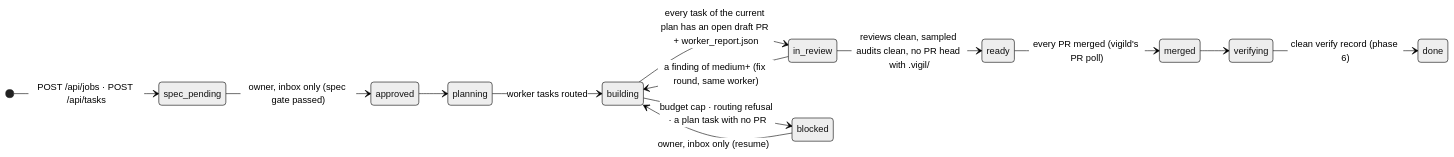
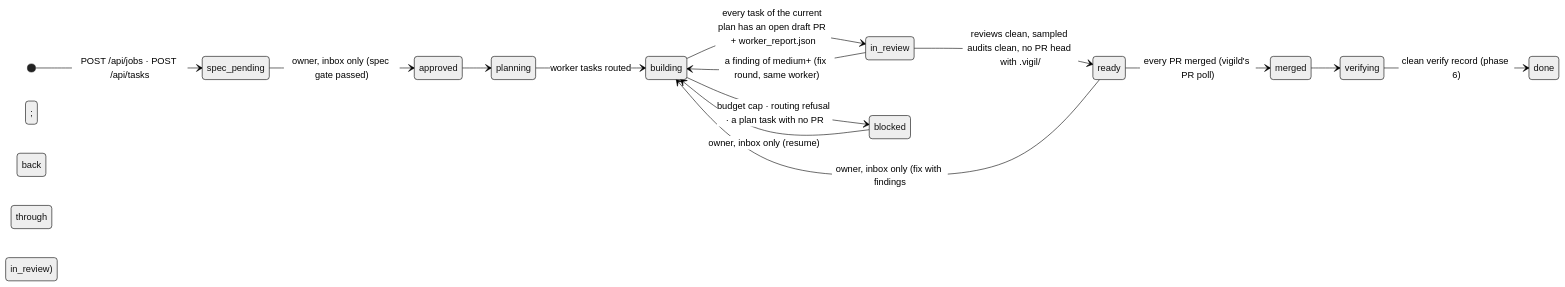
The second of 3 diagrams in docs/architecture.md (alienvisitor8675-bit/vigil), drawn with Mermaid (neutral theme) before and after one commit. The commit also changed other lines of this file and 10 other files, not shown here.

First line of the commit message:
Inbox: fix a reviewed PR with chosen findings

````diff
--- a/docs/architecture.md
+++ b/docs/architecture.md
@@ -213,16 +213,17 @@
 ```mermaid
 stateDiagram-v2
   direction LR
   [*] --> spec_pending: POST /api/jobs · POST /api/tasks
   spec_pending --> approved: owner, inbox only (spec gate passed)
   approved --> planning
   planning --> building: worker tasks routed
   building --> in_review: every task of the current plan has an open draft PR + worker_report.json
   in_review --> building: a finding of medium+ (fix round, same worker)
+  ready --> building: owner, inbox only (fix with findings; back through in_review)
   in_review --> ready: reviews clean, sampled audits clean, no PR head with .vigil/
   ready --> merged: every PR merged (vigild's PR poll)
   merged --> verifying
   verifying --> done: clean verify record (phase 6)
   building --> blocked: budget cap · routing refusal · a plan task with no PR
   blocked --> building: owner, inbox only (resume)
 ```
````
